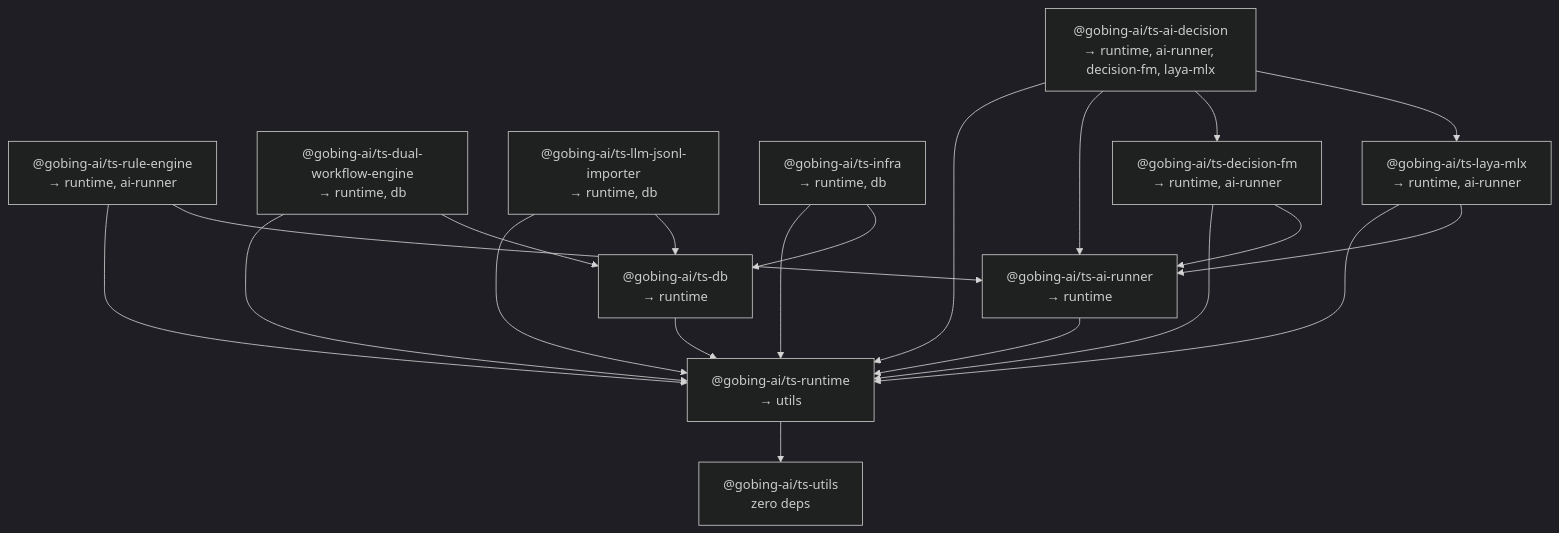
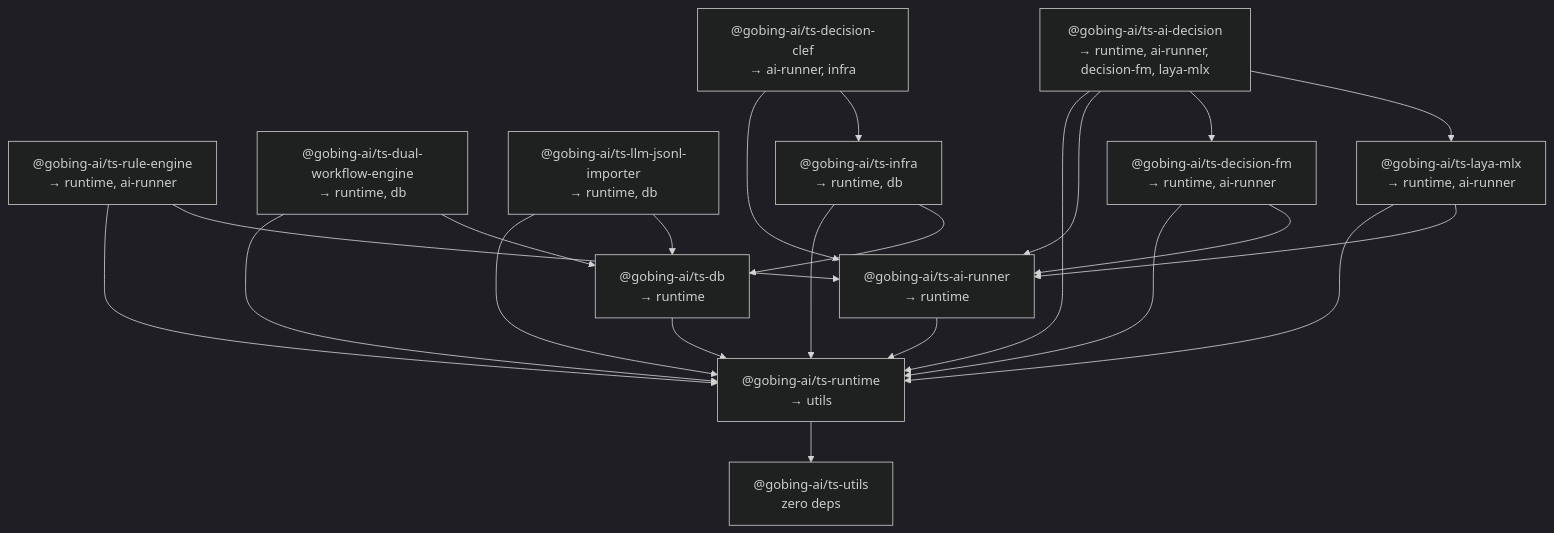
One commit to gobing-ai/ts-libs changed the diagram in README.md. Above: the diagram before and after it, drawn with Mermaid (dark theme). The commit also changed other lines of this file and 31 other files, not shown here.

First line of the commit message:
feat(decision-clef): add hosted Clef DecisionDriver package

````diff
--- a/README.md
+++ b/README.md
@@ -24,34 +24,37 @@
 ```mermaid
 graph TD
     utils["@gobing-ai/ts-utils<br/>zero deps"]
     runtime["@gobing-ai/ts-runtime<br/>→ utils"]
     db["@gobing-ai/ts-db<br/>→ runtime"]
     ai-runner["@gobing-ai/ts-ai-runner<br/>→ runtime"]
     rule-engine["@gobing-ai/ts-rule-engine<br/>→ runtime, ai-runner"]
     dual["@gobing-ai/ts-dual-workflow-engine<br/>→ runtime, db"]
     importer["@gobing-ai/ts-llm-jsonl-importer<br/>→ runtime, db"]
     infra["@gobing-ai/ts-infra<br/>→ runtime, db"]
     laya-mlx["@gobing-ai/ts-laya-mlx<br/>→ runtime, ai-runner"]
     decision-fm["@gobing-ai/ts-decision-fm<br/>→ runtime, ai-runner"]
     ai-decision["@gobing-ai/ts-ai-decision<br/>→ runtime, ai-runner, decision-fm, laya-mlx"]
+    decision-clef["@gobing-ai/ts-decision-clef<br/>→ ai-runner, infra"]
 
     runtime --> utils
     db --> runtime
     ai-runner --> runtime
     rule-engine --> runtime
     rule-engine --> ai-runner
     dual --> runtime
     dual --> db
     importer --> runtime
     importer --> db
     infra --> runtime
     infra --> db
     laya-mlx --> runtime
     laya-mlx --> ai-runner
     decision-fm --> runtime
     decision-fm --> ai-runner
     ai-decision --> runtime
     ai-decision --> ai-runner
     ai-decision --> decision-fm
     ai-decision --> laya-mlx
+    decision-clef --> ai-runner
+    decision-clef --> infra
 ```
````
